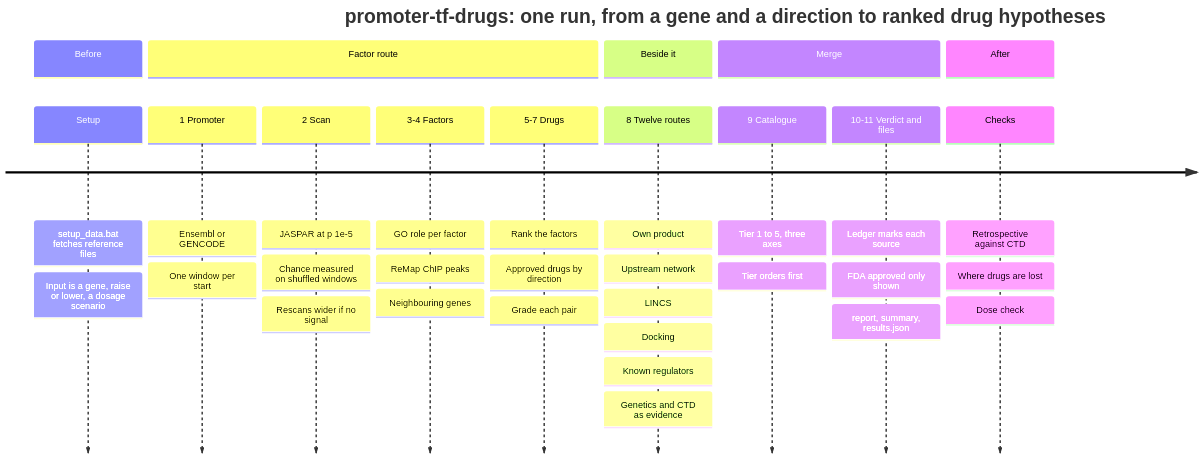
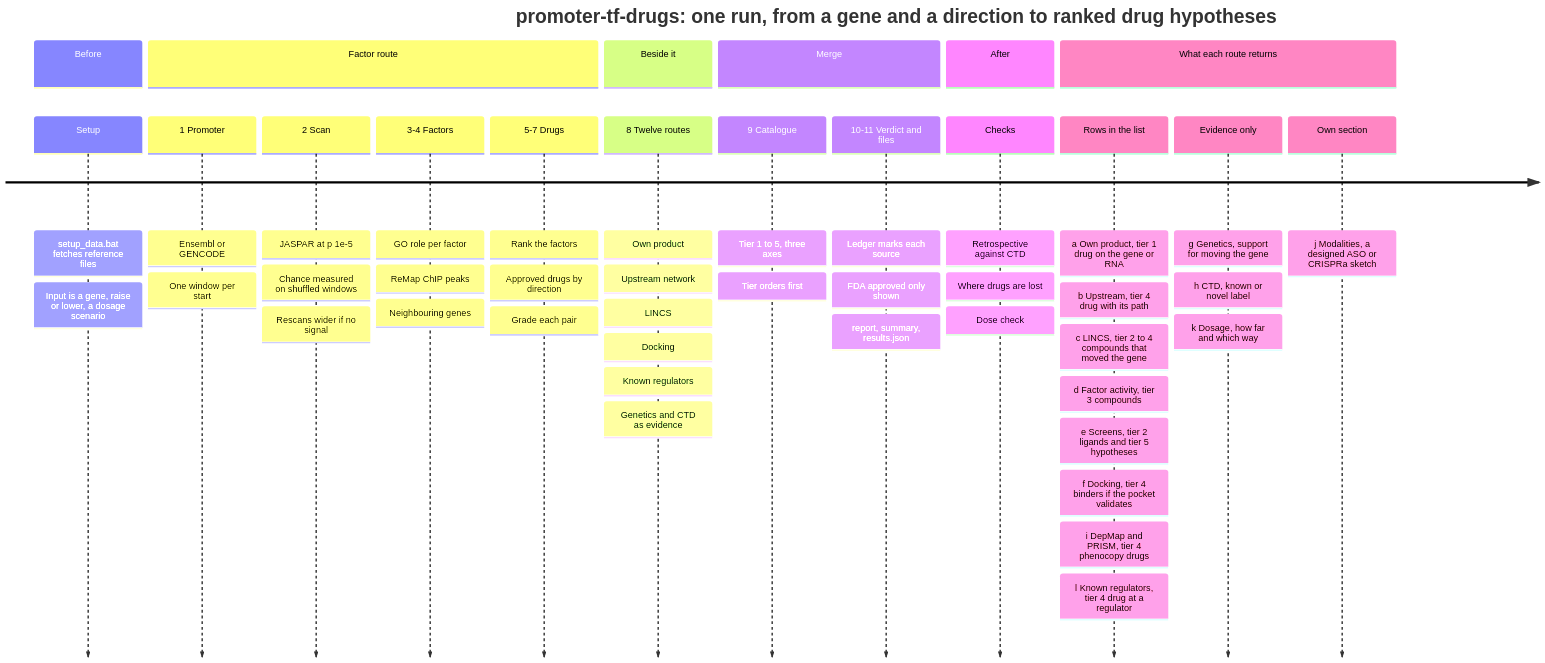
One commit to kjmartin44/Martins changed the diagram in docs/pipeline.mmd. Above: the diagram before and after it, drawn with Mermaid. The commit also changed 4 other files, not shown here.

Commit message:
dylan wanted me to put the graph in RIGHT NOW

```diff
--- a/docs/pipeline.mmd
+++ b/docs/pipeline.mmd
@@ -1,16 +1,20 @@
 timeline
     title promoter-tf-drugs: one run, from a gene and a direction to ranked drug hypotheses
     section Before
         Setup : setup_data.bat fetches reference files : Input is a gene, raise or lower, a dosage scenario
     section Factor route
         1 Promoter : Ensembl or GENCODE : One window per start
         2 Scan : JASPAR at p 1e-5 : Chance measured on shuffled windows : Rescans wider if no signal
         3-4 Factors : GO role per factor : ReMap ChIP peaks : Neighbouring genes
         5-7 Drugs : Rank the factors : Approved drugs by direction : Grade each pair
     section Beside it
         8 Twelve routes : Own product : Upstream network : LINCS : Docking : Known regulators : Genetics and CTD as evidence
     section Merge
         9 Catalogue : Tier 1 to 5, three axes : Tier orders first
         10-11 Verdict and files : Ledger marks each source : FDA approved only shown : report, summary, results.json
     section After
         Checks : Retrospective against CTD : Where drugs are lost : Dose check
+    section What each route returns
+        Rows in the list : a Own product, tier 1 drug on the gene or RNA : b Upstream, tier 4 drug with its path : c LINCS, tier 2 to 4 compounds that moved the gene : d Factor activity, tier 3 compounds : e Screens, tier 2 ligands and tier 5 hypotheses : f Docking, tier 4 binders if the pocket validates : i DepMap and PRISM, tier 4 phenocopy drugs : l Known regulators, tier 4 drug at a regulator
+        Evidence only : g Genetics, support for moving the gene : h CTD, known or novel label : k Dosage, how far and which way
+        Own section : j Modalities, a designed ASO or CRISPRa sketch
```
